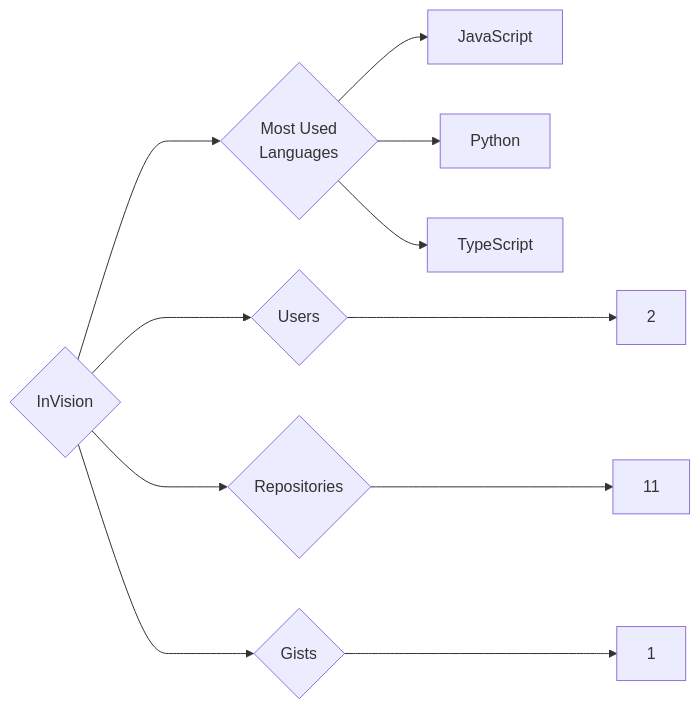
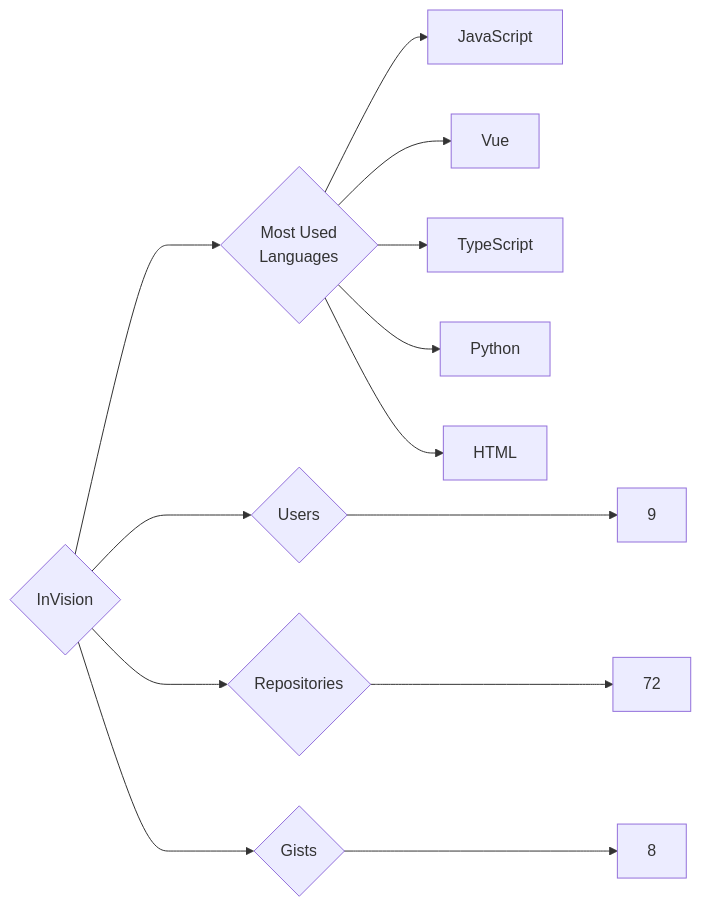
Before and after one commit to trickest/insiders: the diagram in targets/InVision/README.md, drawn with Mermaid. The commit also changed 934 other files, not shown here.

````diff
--- a/targets/InVision/README.md
+++ b/targets/InVision/README.md
@@ -3,11 +3,13 @@
 ```mermaid
 graph LR
 COMPANY_NAME{InVision}
-COMPANY_NAME ---> U{Users} ---> UN[2]
-COMPANY_NAME ---> R{Repositories} ---> RN[11]
-COMPANY_NAME ---> G{Gists} ---> GN[1]
+COMPANY_NAME ---> U{Users} ---> UN[9]
+COMPANY_NAME ---> R{Repositories} ---> RN[72]
+COMPANY_NAME ---> G{Gists} ---> GN[8]
 COMPANY_NAME ---> ML{Most Used<br>Languages}
 ML --> JavaScript[JavaScript]
+ML --> Vue[Vue]
+ML --> TypeScript[TypeScript]
 ML --> Python[Python]
-ML --> TypeScript[TypeScript]
+ML --> HTML[HTML]
 ```
````
